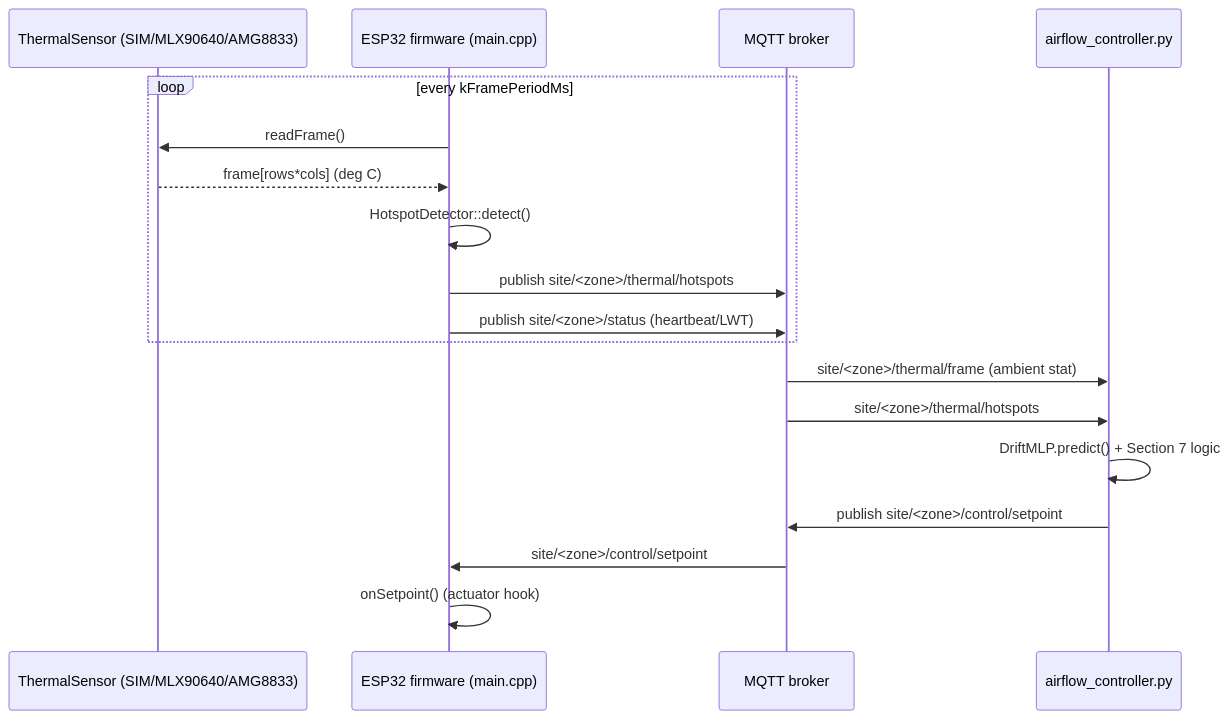
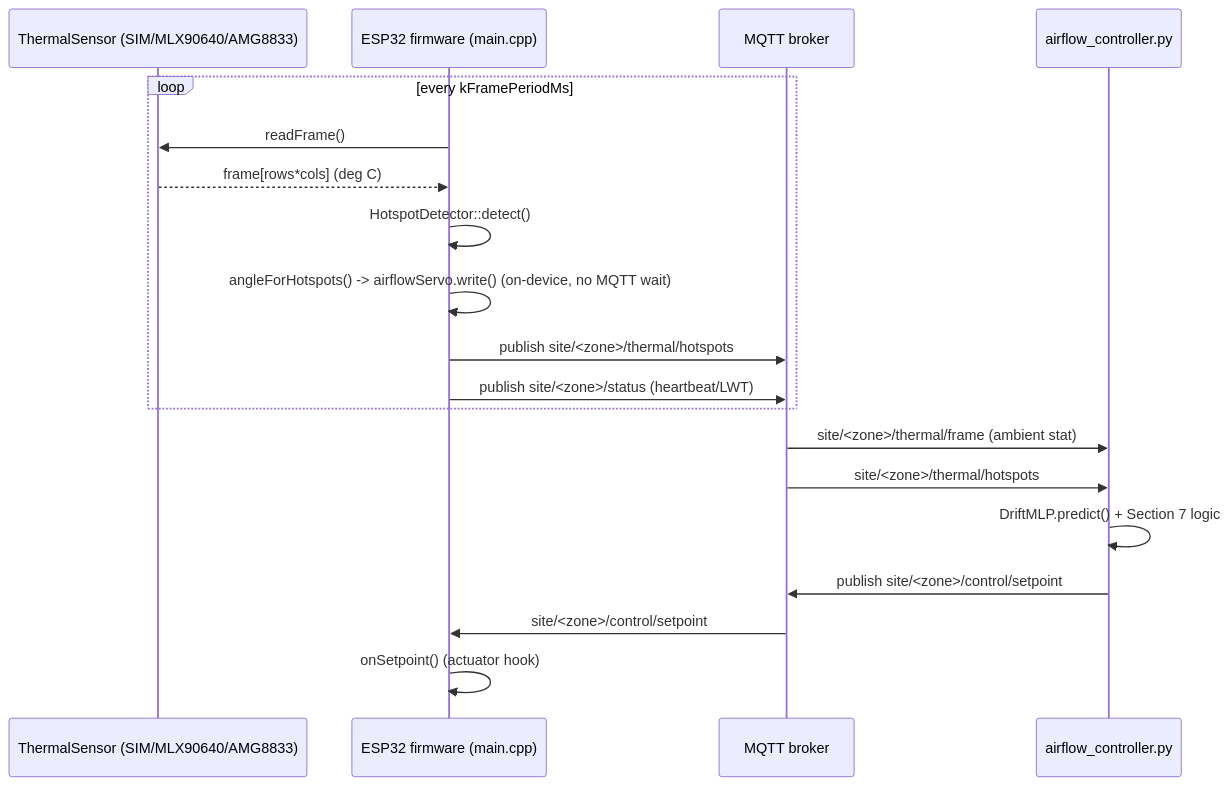
Before and after one commit to kiruthick01/Thermal-Vision-Based-Airflow-Optimization: the diagram in docs/architecture.md, drawn with Mermaid. The commit also changed other lines of this file and 6 other files, not shown here.

First line of the commit message:
Add on-device airflow-direction servo control

````diff
--- a/docs/architecture.md
+++ b/docs/architecture.md
@@ -5,22 +5,23 @@
 ```mermaid
 sequenceDiagram
     participant Sensor as ThermalSensor (SIM/MLX90640/AMG8833)
     participant FW as ESP32 firmware (main.cpp)
     participant MQTT as MQTT broker
     participant Ctrl as airflow_controller.py
 
     loop every kFramePeriodMs
         FW->>Sensor: readFrame()
         Sensor-->>FW: frame[rows*cols] (deg C)
         FW->>FW: HotspotDetector::detect()
+        FW->>FW: angleForHotspots() -> airflowServo.write() (on-device, no MQTT wait)
         FW->>MQTT: publish site/<zone>/thermal/hotspots
         FW->>MQTT: publish site/<zone>/status (heartbeat/LWT)
     end
 
     MQTT->>Ctrl: site/<zone>/thermal/frame (ambient stat)
     MQTT->>Ctrl: site/<zone>/thermal/hotspots
     Ctrl->>Ctrl: DriftMLP.predict() + Section 7 logic
     Ctrl->>MQTT: publish site/<zone>/control/setpoint
     MQTT->>FW: site/<zone>/control/setpoint
     FW->>FW: onSetpoint() (actuator hook)
 ```
````
